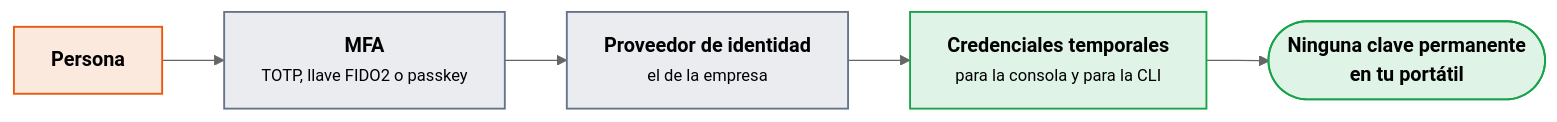
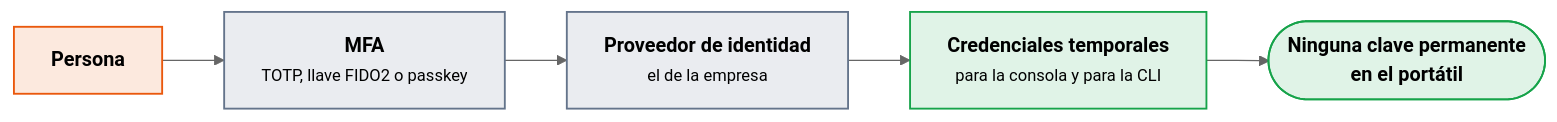
Before and after one commit to victor-educ/apuntes-5166: the third of 5 diagrams in docs/ut/ut4-nube-publica.md, drawn with Mermaid (neutral theme). The commit also changed other lines of this file and 15 other files, not shown here.

````diff
--- a/docs/ut/ut4-nube-publica.md
+++ b/docs/ut/ut4-nube-publica.md
@@ -225,15 +233,15 @@
 ```mermaid
 flowchart LR
     P["<b>Persona</b>"]:::act
     MFA["<b>MFA</b><br><small>TOTP, llave FIDO2 o passkey</small>"]:::pieza
     IDP["<b>Proveedor de identidad</b><br><small>el de la empresa</small>"]:::pieza
     TMP["<b>Credenciales temporales</b><br><small>para la consola y para la CLI</small>"]:::ok
-    NADA(["<b>Ninguna clave permanente<br>en tu portátil</b>"]):::ok
+    NADA(["<b>Ninguna clave permanente<br>en el portátil</b>"]):::ok
     P --> MFA --> IDP --> TMP --> NADA
     classDef act fill:#ea580c22,stroke:#ea580c,stroke-width:1.5px
     classDef pieza fill:#64748b22,stroke:#64748b,stroke-width:1.5px
     classDef dato fill:#2563eb22,stroke:#2563eb,stroke-width:1.5px
     classDef infra fill:#a1a1aa14,stroke:#a1a1aa,stroke-width:1.5px
     classDef ok fill:#16a34a22,stroke:#16a34a,stroke-width:1.5px
     classDef riesgo fill:#dc262622,stroke:#dc2626,stroke-width:1.5px
 ```
````
